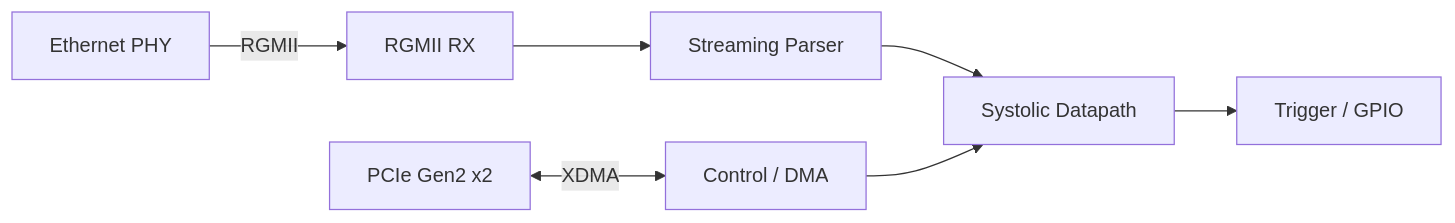
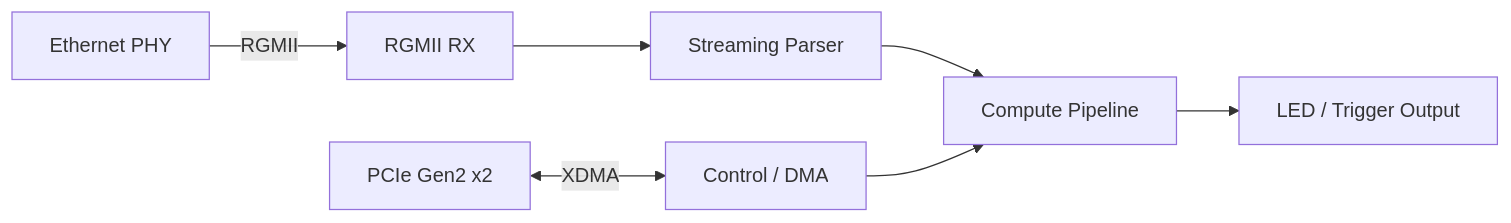
The diagram in README.md (yishoulee/fpga-inference-portfolio), drawn with Mermaid before and after one commit. The commit also changed other lines of this file, not shown here.

````diff
--- a/README.md
+++ b/README.md
@@ -60,9 +49,9 @@
 ```mermaid
 graph LR
     PHY[Ethernet PHY] -->|RGMII| RX[RGMII RX]
     RX --> PARSER[Streaming Parser]
-    PARSER --> NPU[Systolic Datapath]
-    NPU --> GPIO[Trigger / GPIO]
+    PARSER --> NPU[Compute Pipeline]
+    NPU --> GPIO[LED / Trigger Output]
     PCIe[PCIe Gen2 x2] <-->|XDMA| CTRL[Control / DMA]
     CTRL --> NPU
 ```
````
